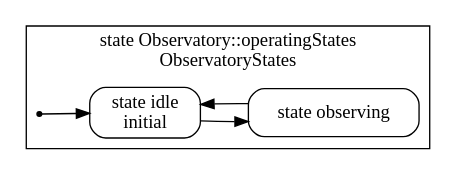
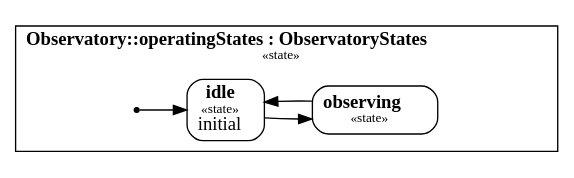
Before and after one commit to Open-MBEE/OpenSysML: the second of 2 diagrams in internal/core/docrender/testdata/telescope_report.dot.golden.md, drawn with Graphviz. The commit also changed other lines of this file and 59 other files, not shown here.

First line of the commit message:
feat(view): lead diagram node labels with the element's name

````diff
--- a/internal/core/docrender/testdata/telescope_report.dot.golden.md
+++ b/internal/core/docrender/testdata/telescope_report.dot.golden.md
@@ -108,19 +108,19 @@
 ```dot
 // kind: state
 // stated: the diagram states kind "state"
 // layout: dot
 digraph {
   graph [rankdir=LR];
   node [shape=box];
   subgraph "cluster_n0" {
-    label="state Observatory::operatingStates\nObservatoryStates";
+    label=<<b>Observatory::operatingStates : ObservatoryStates</b><br/><font point-size="10">«state»</font>>;
     "n0" [shape=point, style=invis, width=0, height=0, label=""];
     "n3" [shape=point, label=""];
-    "n1" [shape=box, style=rounded, label="state idle\ninitial"];
-    "n2" [shape=box, style=rounded, label="state observing"];
+    "n1" [shape=box, style=rounded, label=<<b>idle</b><br/><font point-size="10">«state»</font><br/>initial>];
+    "n2" [shape=box, style=rounded, label=<<b>observing</b><br/><font point-size="10">«state»</font>>];
   }
   "n3" -> "n1";
   "n1" -> "n2";
   "n2" -> "n1";
 }
 ```
````
